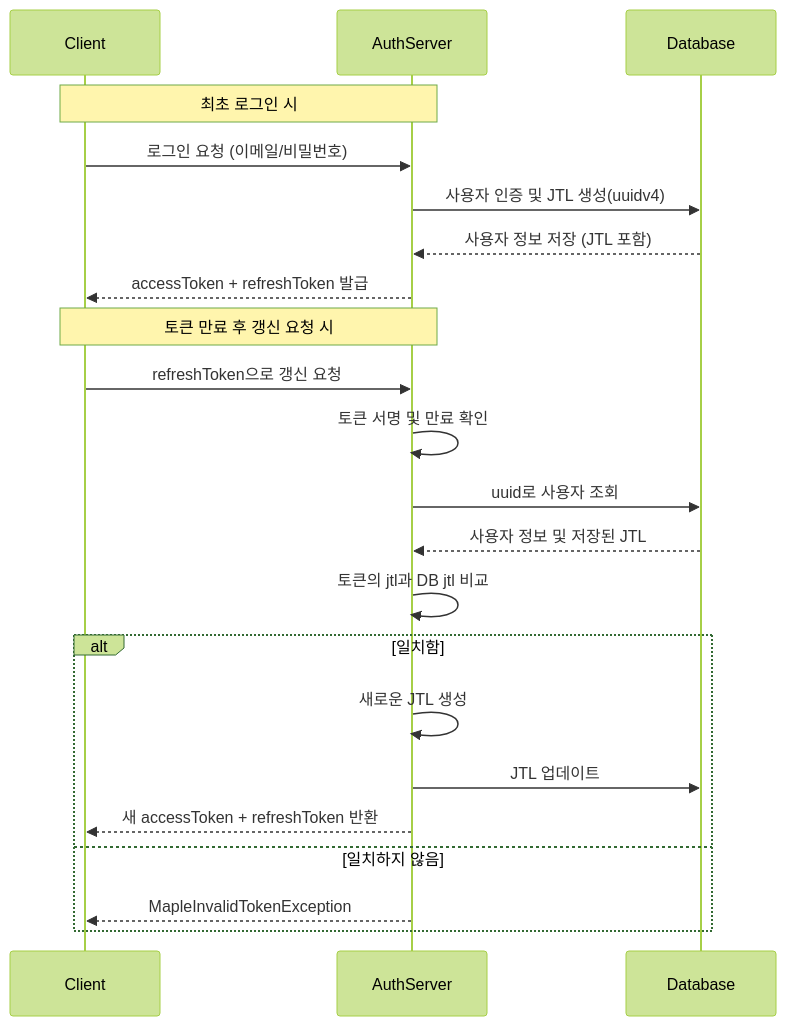
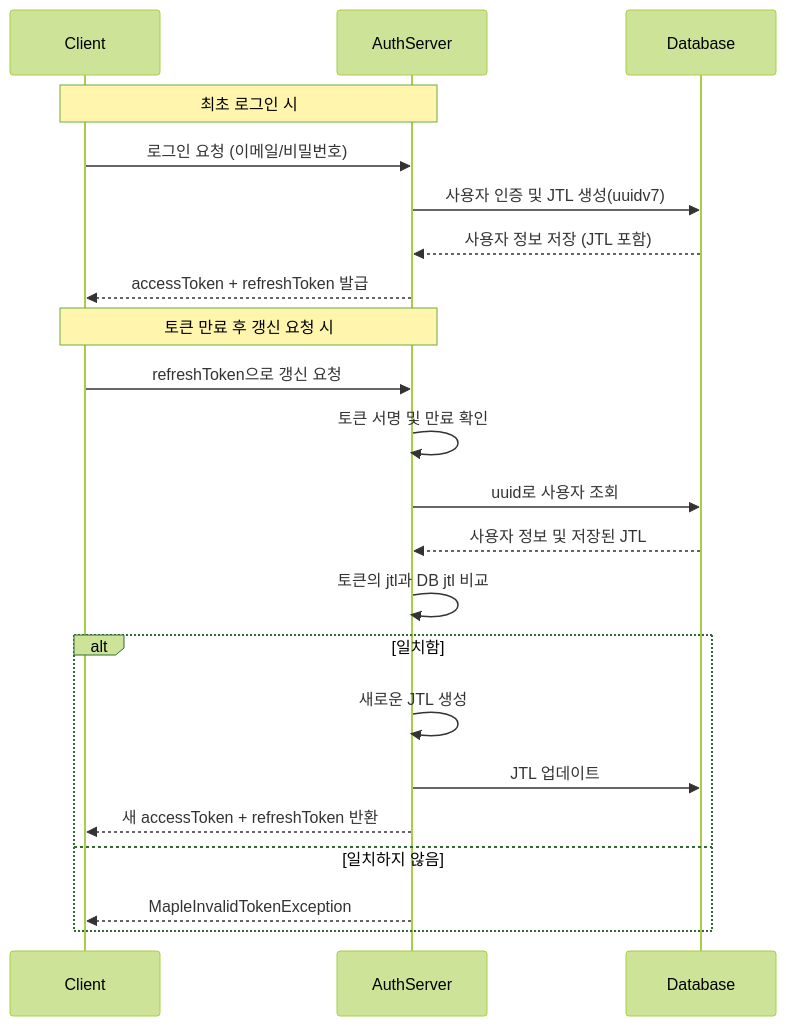
Before and after one commit to asdasfafsf/m-a-_-p-l-e: the diagram in apps/auth/readme.md, drawn with Mermaid (forest theme). The commit also changed other lines of this file, not shown here.

````diff
--- a/apps/auth/readme.md
+++ b/apps/auth/readme.md
@@ -40,28 +40,28 @@
 ```mermaid
 sequenceDiagram
     participant Client
     participant AuthServer
     participant Database
 
     Note over Client, AuthServer: 최초 로그인 시
 
     Client->>AuthServer: 로그인 요청 (이메일/비밀번호)
-    AuthServer->>Database: 사용자 인증 및 JTL 생성(uuidv4)
+    AuthServer->>Database: 사용자 인증 및 JTL 생성(uuidv7)
     Database-->>AuthServer: 사용자 정보 저장 (JTL 포함)
     AuthServer-->>Client: accessToken + refreshToken 발급
 
     Note over Client, AuthServer: 토큰 만료 후 갱신 요청 시
 
     Client->>AuthServer: refreshToken으로 갱신 요청
     AuthServer->>AuthServer: 토큰 서명 및 만료 확인
     AuthServer->>Database: uuid로 사용자 조회
     Database-->>AuthServer: 사용자 정보 및 저장된 JTL
     AuthServer->>AuthServer: 토큰의 jtl과 DB jtl 비교
     alt 일치함
         AuthServer->>AuthServer: 새로운 JTL 생성
         AuthServer->>Database: JTL 업데이트
         AuthServer-->>Client: 새 accessToken + refreshToken 반환
     else 일치하지 않음
         AuthServer-->>Client: MapleInvalidTokenException
     end
 ```
````
